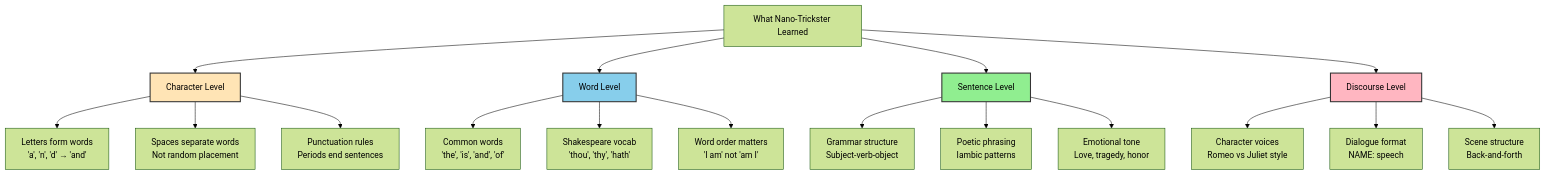
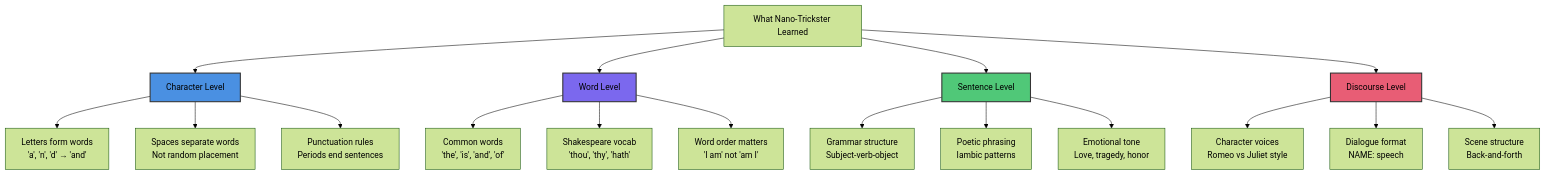
One commit to tenstorrent/tt-vscode-toolkit changed the ninth of 10 diagrams in content/lessons/ct8-training-from-scratch.md. Above: the diagram before and after it, drawn with Mermaid (forest theme). The commit also changed other lines of this file and 9 other files, not shown here.

````diff
--- a/content/lessons/ct8-training-from-scratch.md
+++ b/content/lessons/ct8-training-from-scratch.md
@@ -750,27 +750,27 @@
 ```mermaid
 graph TD
     A[What Nano-Trickster Learned] --> B[Character Level]
     B --> C[Letters form words<br/>'a', 'n', 'd' → 'and']
     B --> D[Spaces separate words<br/>Not random placement]
     B --> E[Punctuation rules<br/>Periods end sentences]
 
     A --> F[Word Level]
     F --> G[Common words<br/>'the', 'is', 'and', 'of']
     F --> H[Shakespeare vocab<br/>'thou', 'thy', 'hath']
     F --> I[Word order matters<br/>'I am' not 'am I']
 
     A --> J[Sentence Level]
     J --> K[Grammar structure<br/>Subject-verb-object]
     J --> L[Poetic phrasing<br/>Iambic patterns]
     J --> M[Emotional tone<br/>Love, tragedy, honor]
 
     A --> N[Discourse Level]
     N --> O[Character voices<br/>Romeo vs Juliet style]
     N --> P[Dialogue format<br/>NAME: speech]
     N --> Q[Scene structure<br/>Back-and-forth]
 
-    style B fill:#FFE4B5,stroke:#333,stroke-width:2px
-    style F fill:#87CEEB,stroke:#333,stroke-width:2px
-    style J fill:#90EE90,stroke:#333,stroke-width:2px
-    style N fill:#FFB6C1,stroke:#333,stroke-width:2px
+    style B fill:#4A90E2,stroke:#333,stroke-width:2px
+    style F fill:#7B68EE,stroke:#333,stroke-width:2px
+    style J fill:#50C878,stroke:#333,stroke-width:2px
+    style N fill:#E85D75,stroke:#333,stroke-width:2px
 ```
````
